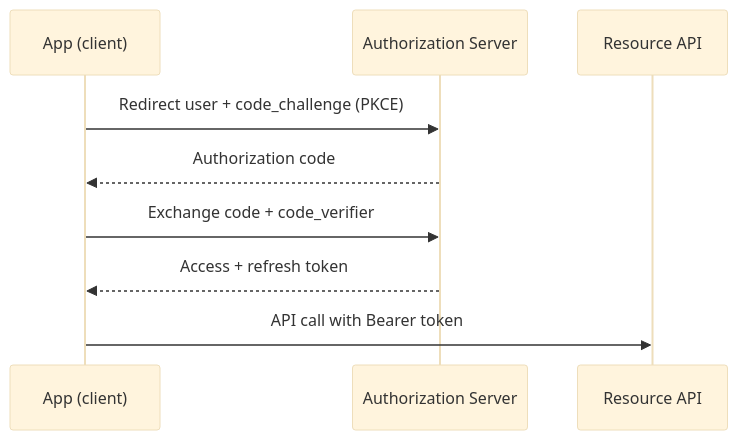
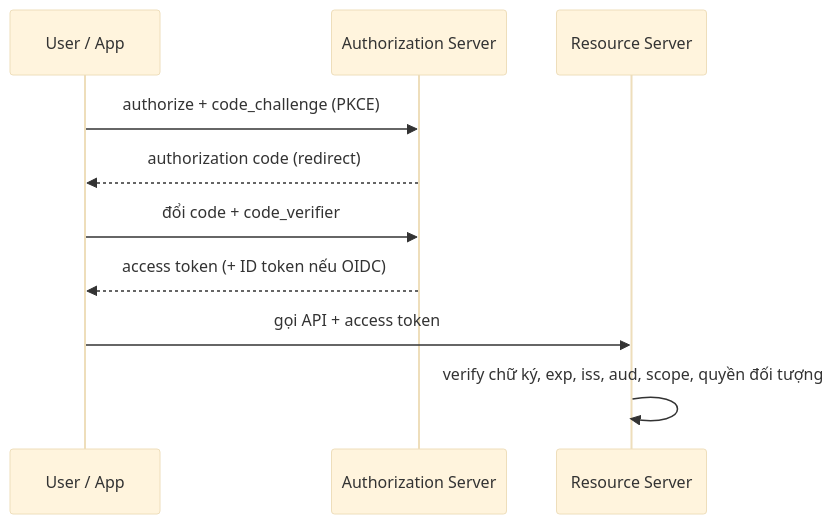
The diagram in src/assets/knowledge/playbooks/backend/authn-authz-oauth-jwt.md (passion-Infinity/personal-tech-playbook), drawn with Mermaid (base theme) before and after one commit. The commit also changed other lines of this file and 6 other files, not shown here.

````diff
--- a/src/assets/knowledge/playbooks/backend/authn-authz-oauth-jwt.md
+++ b/src/assets/knowledge/playbooks/backend/authn-authz-oauth-jwt.md
@@ -16,11 +38,12 @@
 ```mermaid
 sequenceDiagram
-    participant A as App (client)
+    participant U as User / App
     participant AS as Authorization Server
-    participant R as Resource API
-    A->>AS: Redirect user + code_challenge (PKCE)
-    AS-->>A: Authorization code
-    A->>AS: Exchange code + code_verifier
-    AS-->>A: Access + refresh token
-    A->>R: API call with Bearer token
+    participant API as Resource Server
+    U->>AS: authorize + code_challenge (PKCE)
+    AS-->>U: authorization code (redirect)
+    U->>AS: đổi code + code_verifier
+    AS-->>U: access token (+ ID token nếu OIDC)
+    U->>API: gọi API + access token
+    API->>API: verify chữ ký, exp, iss, aud, scope, quyền đối tượng
 ```
````
